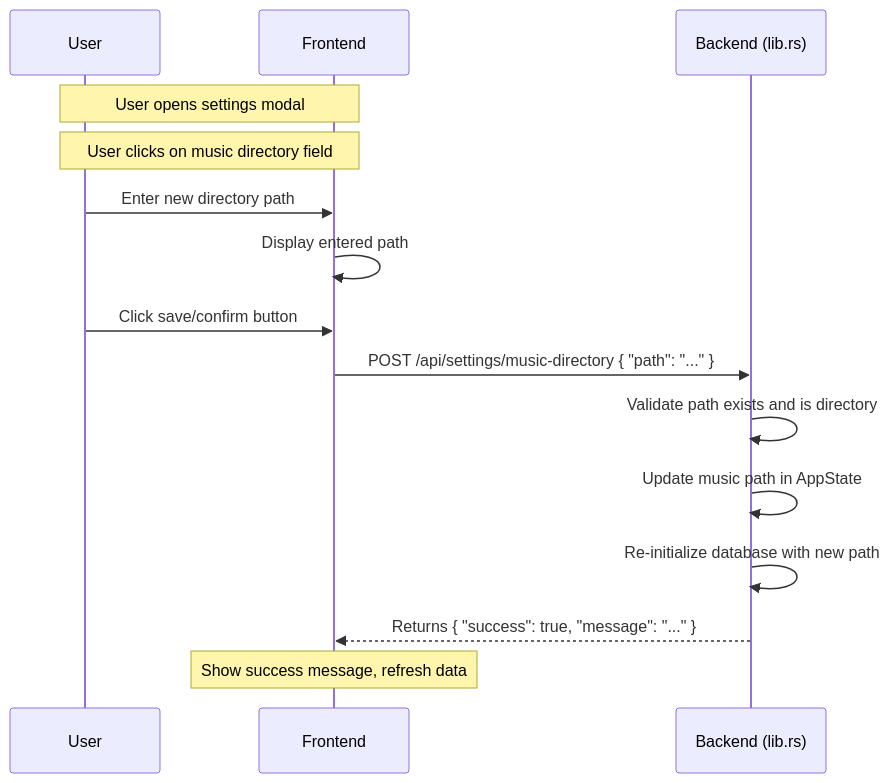
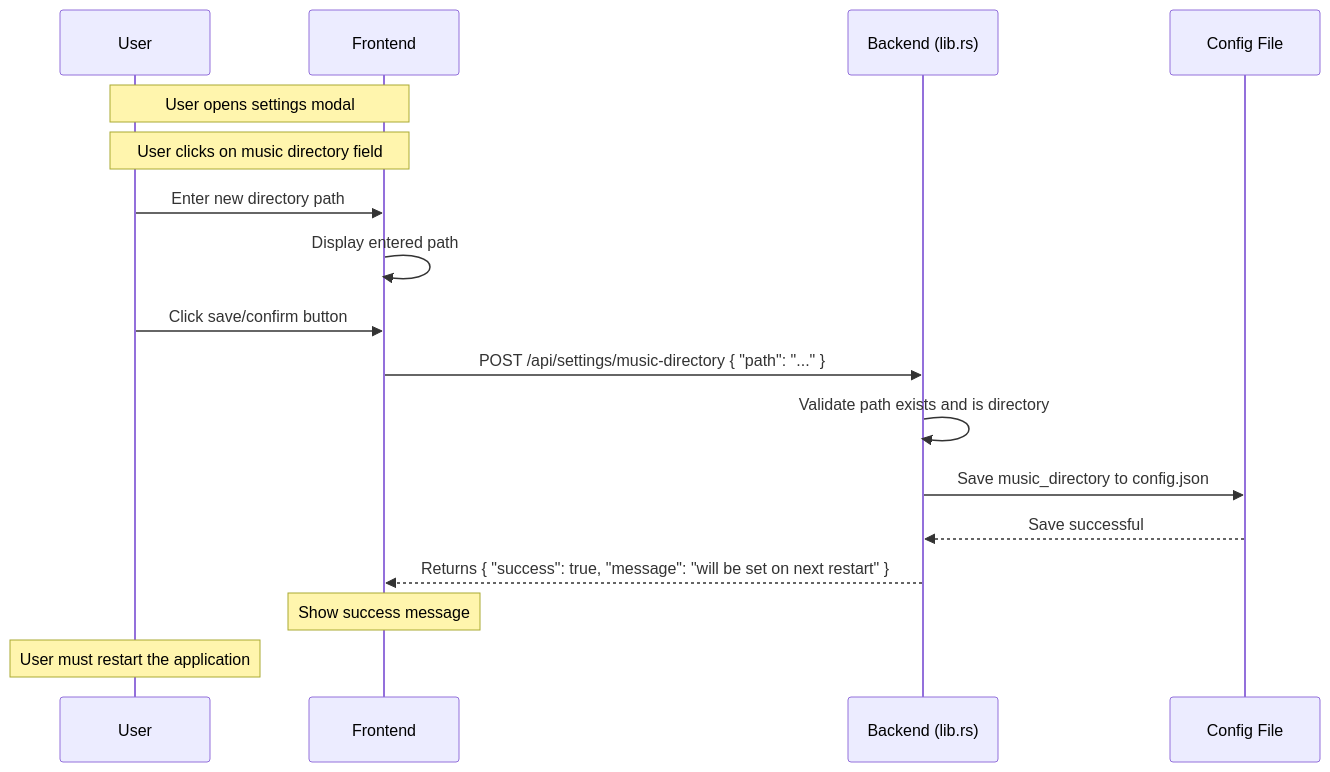
One commit to Afeather2017/Kaulan changed the second of 4 diagrams in docs/settings-and-database-management.md. Above: the diagram before and after it, drawn with Mermaid. The commit also changed other lines of this file and 8 other files, not shown here.

First line of the commit message:
Remove RwLock from music path and add config file persistence

````diff
--- a/docs/settings-and-database-management.md
+++ b/docs/settings-and-database-management.md
@@ -83,21 +90,23 @@
 ```mermaid
 sequenceDiagram
     participant User as User
     participant FE as Frontend
     participant BE as Backend (lib.rs)
+    participant Config as Config File
 
     Note over User,FE: User opens settings modal
     Note over User,FE: User clicks on music directory field
 
     User->>FE: Enter new directory path
     FE->>FE: Display entered path
 
     User->>FE: Click save/confirm button
     FE->>BE: POST /api/settings/music-directory { "path": "..." }
     BE->>BE: Validate path exists and is directory
-    BE->>BE: Update music path in AppState
-    BE->>BE: Re-initialize database with new path
-    BE-->>FE: Returns { "success": true, "message": "..." }
+    BE->>Config: Save music_directory to config.json
+    Config-->>BE: Save successful
+    BE-->>FE: Returns { "success": true, "message": "will be set on next restart" }
 
-    Note over FE: Show success message, refresh data
+    Note over FE: Show success message
+    Note over User: User must restart the application
 ```
````
